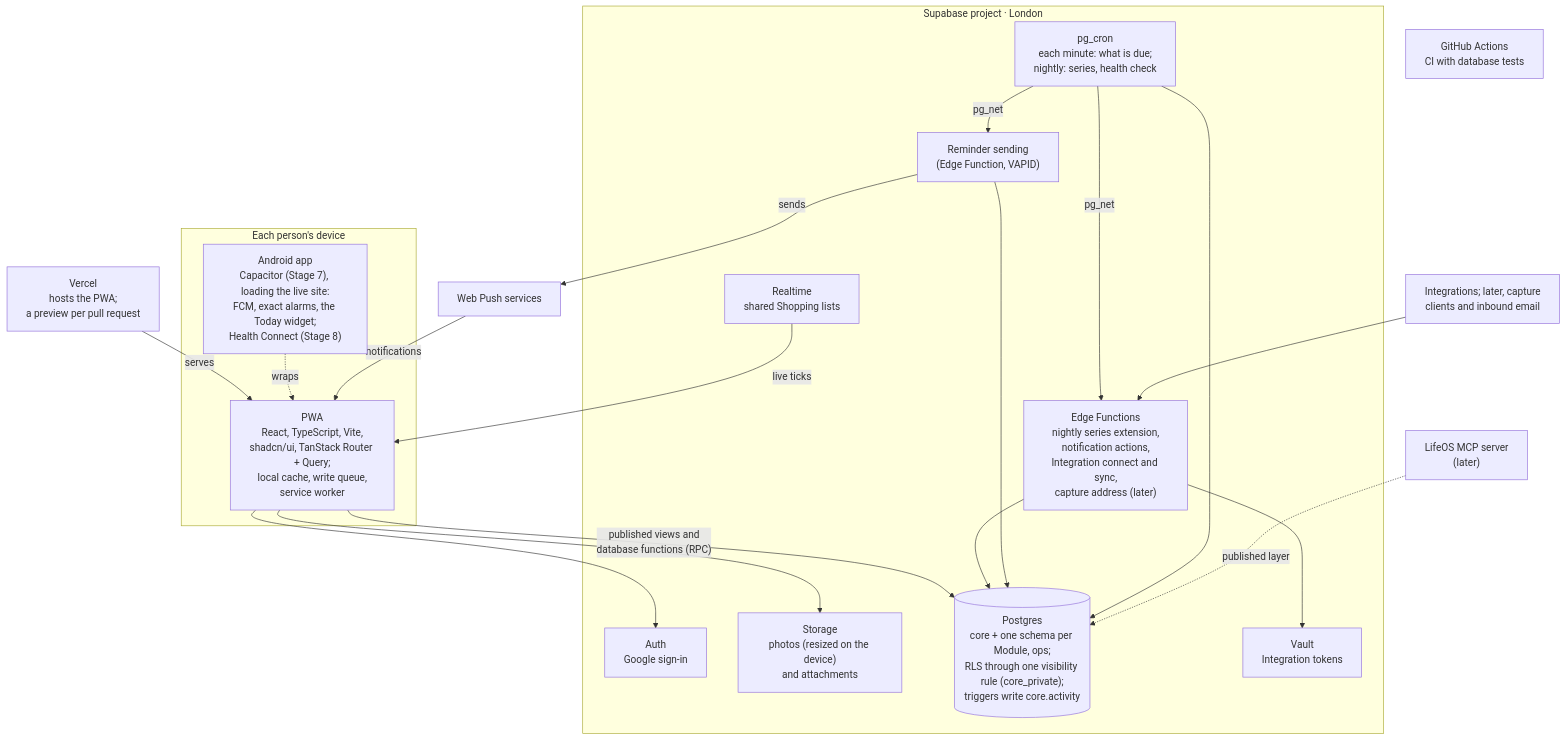
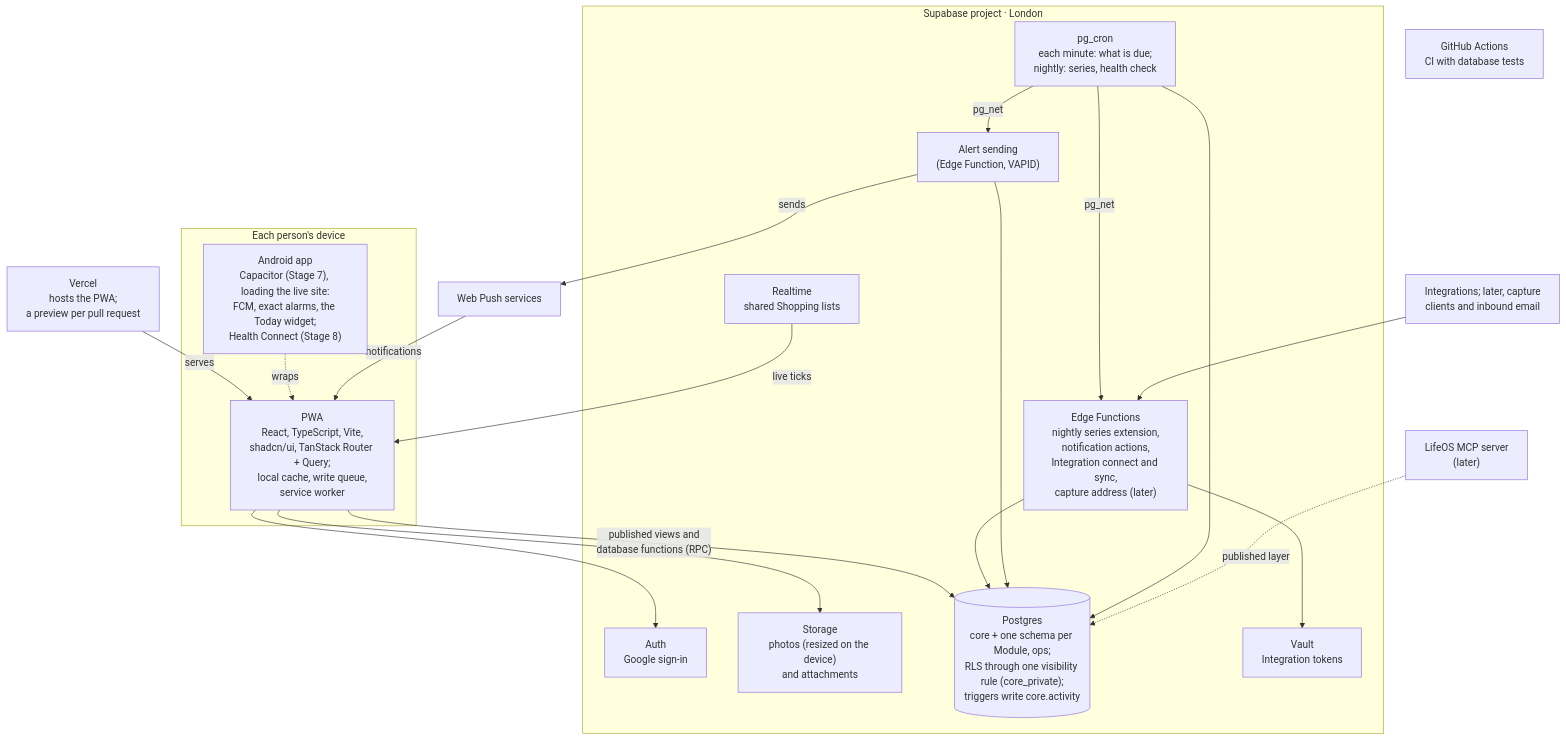
The second of 2 diagrams in docs/20-architecture/overview.md (joestables/lifeos), drawn with Mermaid before and after one commit. The commit also changed other lines of this file and 100 other files, not shown here.

````diff
--- a/docs/20-architecture/overview.md
+++ b/docs/20-architecture/overview.md
@@ -42,42 +42,42 @@
 ```mermaid
 flowchart TB
   vercel["Vercel<br/>hosts the PWA;<br/>a preview per pull request"]
   pushsvc["Web Push services"]
 
   subgraph device["Each person's device"]
     pwa["PWA<br/>React, TypeScript, Vite,<br/>shadcn/ui, TanStack Router + Query;<br/>local cache, write queue,<br/>service worker"]
     android["Android app<br/>Capacitor (Stage 7), loading the live site:<br/>FCM, exact alarms, the Today widget;<br/>Health Connect (Stage 8)"]
   end
 
   subgraph supabase["Supabase project · London"]
     auth["Auth<br/>Google sign-in"]
     storage["Storage<br/>photos (resized on the device)<br/>and attachments"]
     realtime["Realtime<br/>shared Shopping lists"]
     db[("Postgres<br/>core + one schema per Module, ops;<br/>RLS through one visibility rule (core_private);<br/>triggers write core.activity")]
     edge["Edge Functions<br/>nightly series extension,<br/>notification actions,<br/>Integration connect and sync,<br/>capture address (later)"]
-    reminders["Reminder sending<br/>(Edge Function, VAPID)"]
+    alerts["Alert sending<br/>(Edge Function, VAPID)"]
     cron["pg_cron<br/>each minute: what is due;<br/>nightly: series, health check"]
     vault["Vault<br/>Integration tokens"]
   end
 
   outside["Integrations; later, capture<br/>clients and inbound email"]
   mcp["LifeOS MCP server<br/>(later)"]
   gha["GitHub Actions<br/>CI with database tests"]
 
   vercel -- "serves" --> pwa
   android -. "wraps" .-> pwa
   pushsvc -- "notifications" --> pwa
   pwa --> auth
   pwa --> storage
   realtime -- "live ticks" --> pwa
   pwa -- "published views and<br/>database functions (RPC)" --> db
   edge --> db
   edge --> vault
-  reminders --> db
-  reminders -- "sends" --> pushsvc
+  alerts --> db
+  alerts -- "sends" --> pushsvc
   cron --> db
-  cron -- "pg_net" --> reminders
+  cron -- "pg_net" --> alerts
   cron -- "pg_net" --> edge
   outside --> edge
   mcp -. "published layer" .-> db
 ```
````
